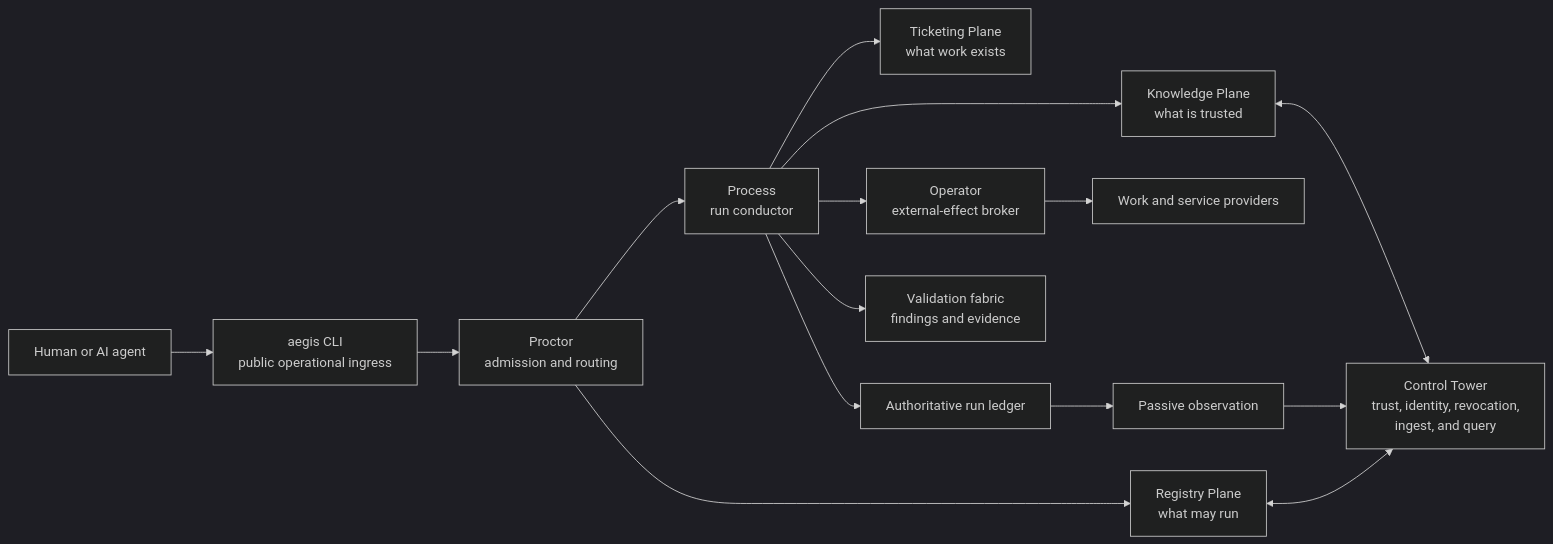
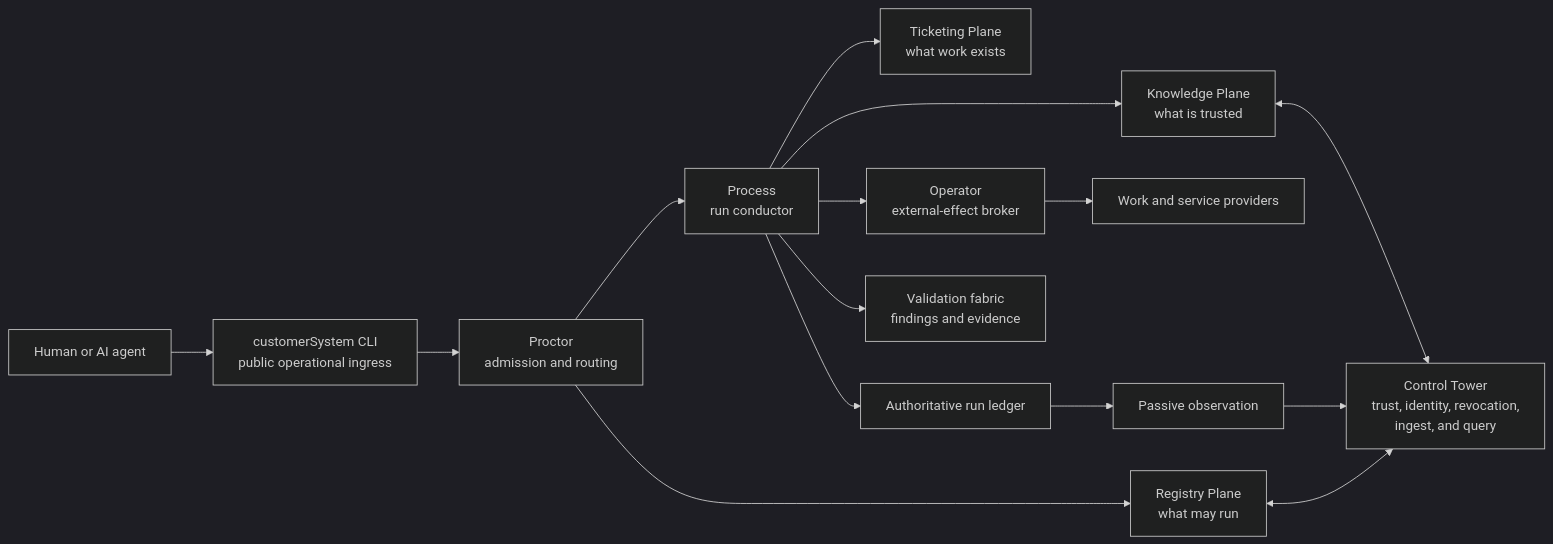
Before and after one commit to Bayly-AI/HATH0R-Agentic-Framework: the diagram in archive/docs/sales/04-architecture-and-integrations.md, drawn with Mermaid (dark theme). The commit also changed other lines of this file and 126 other files, not shown here.

````diff
--- a/archive/docs/sales/04-architecture-and-integrations.md
+++ b/archive/docs/sales/04-architecture-and-integrations.md
@@ -11,17 +11,17 @@
 ```mermaid
 flowchart LR
-  Actor["Human or AI agent"] --> CLI["aegis CLI<br/>public operational ingress"]
+  Actor["Human or AI agent"] --> CLI["customerSystem CLI<br/>public operational ingress"]
   CLI --> Proctor["Proctor<br/>admission and routing"]
   Proctor --> Process["Process<br/>run conductor"]
   Proctor --> Registry["Registry Plane<br/>what may run"]
   Process --> Ticketing["Ticketing Plane<br/>what work exists"]
   Process --> Knowledge["Knowledge Plane<br/>what is trusted"]
   Process --> Operator["Operator<br/>external-effect broker"]
   Process --> Validation["Validation fabric<br/>findings and evidence"]
   Operator --> Providers["Work and service providers"]
   Process --> Ledger["Authoritative run ledger"]
   Ledger --> Observation["Passive observation"]
   Registry <--> Tower["Control Tower<br/>trust, identity, revocation,<br/>ingest, and query"]
   Knowledge <--> Tower
   Observation --> Tower
 ```
````
